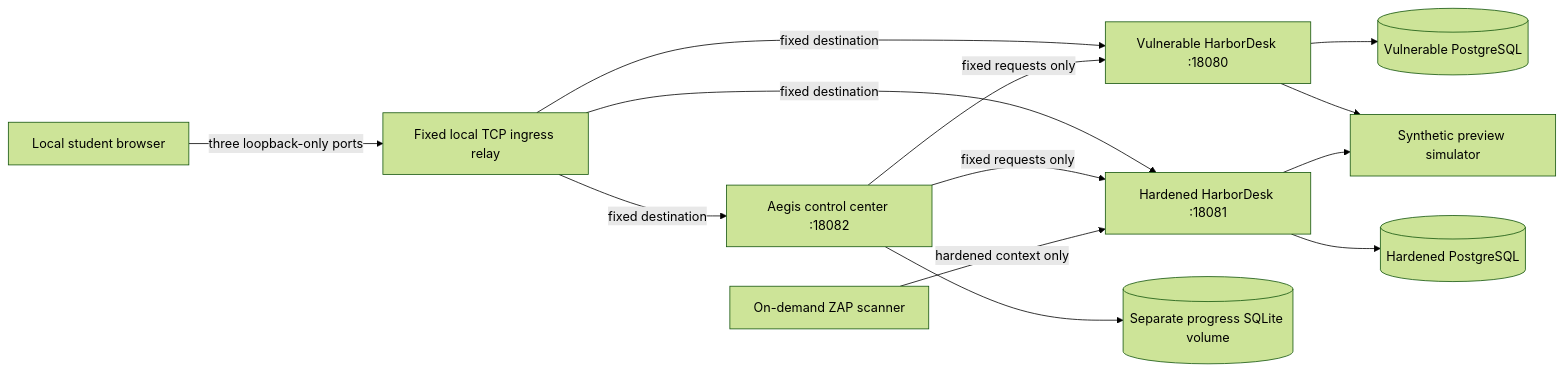
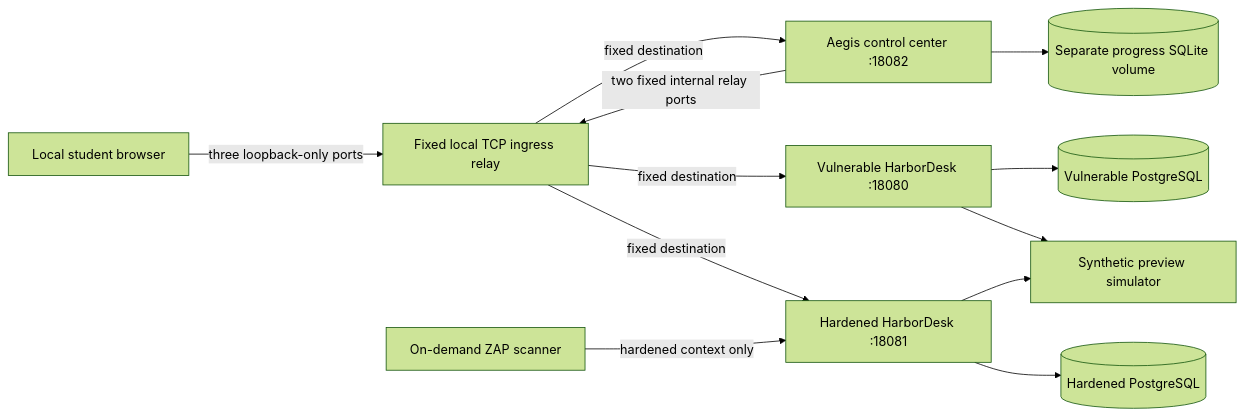
The first of 2 diagrams in docs/architecture.md (gig0d/web-application-security-lab), drawn with Mermaid (forest theme) before and after one commit. The commit also changed 11 other files, not shown here.

````diff
--- a/docs/architecture.md
+++ b/docs/architecture.md
@@ -5,25 +5,24 @@
 ```mermaid
 flowchart LR
     Student[Local student browser]
     Ingress[Fixed local TCP ingress relay]
     Control[Aegis control center :18082]
     V[Vulnerable HarborDesk :18080]
     H[Hardened HarborDesk :18081]
     VD[(Vulnerable PostgreSQL)]
     HD[(Hardened PostgreSQL)]
     Progress[(Separate progress SQLite volume)]
     Sim[Synthetic preview simulator]
     ZAP[On-demand ZAP scanner]
     Student -->|three loopback-only ports| Ingress
     Ingress -->|fixed destination| Control
     Ingress -->|fixed destination| V
     Ingress -->|fixed destination| H
     Control --> Progress
-    Control -->|fixed requests only| V
-    Control -->|fixed requests only| H
+    Control -->|two fixed internal relay ports| Ingress
     V --> VD
     H --> HD
     V --> Sim
     H --> Sim
     ZAP -->|hardened context only| H
 ```
````
